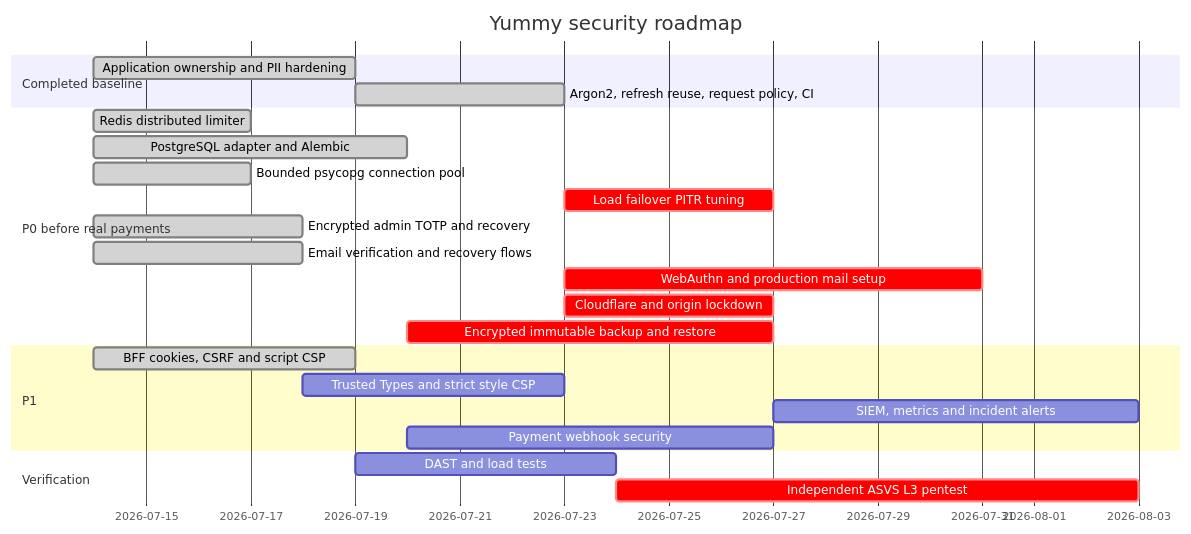
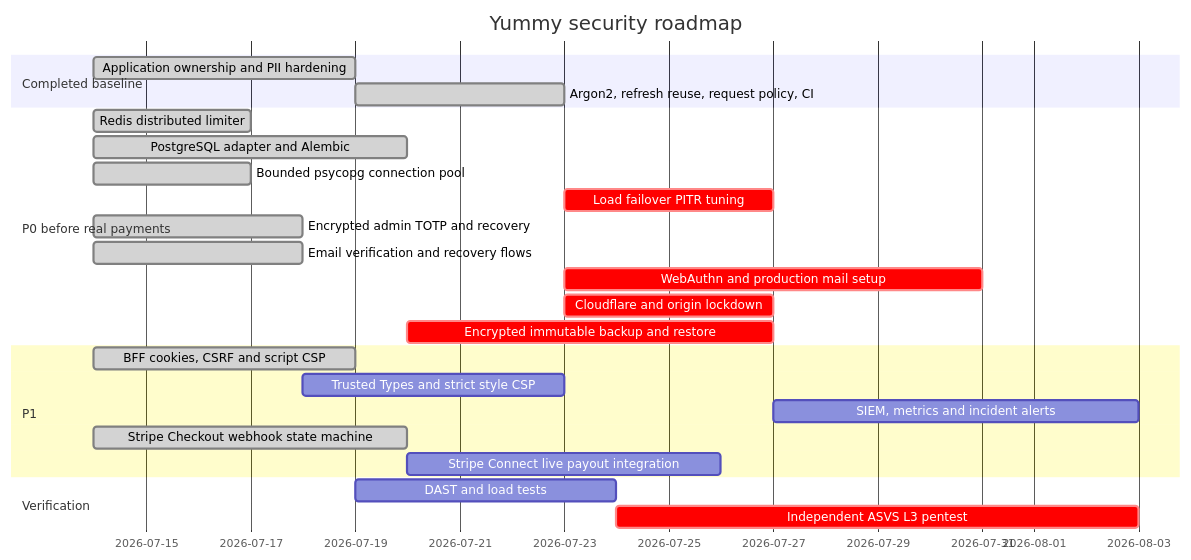
The third of 3 diagrams in SECURITY_IMPLEMENTATION_PLAN.md (wpalish/yummy), drawn with Mermaid before and after one commit. The commit also changed other lines of this file and 18 other files, not shown here.

Commit message:
payments: add secure Stripe Checkout state machine

````diff
--- a/SECURITY_IMPLEMENTATION_PLAN.md
+++ b/SECURITY_IMPLEMENTATION_PLAN.md
@@ -149,26 +150,27 @@
 ```mermaid
 gantt
     title Yummy security roadmap
     dateFormat YYYY-MM-DD
     section Completed baseline
     Application ownership and PII hardening :done, b1, 2026-07-14, 5d
     Argon2, refresh reuse, request policy, CI :done, b2, after b1, 4d
     section P0 before real payments
     Redis distributed limiter              :done, p0r, 2026-07-14, 3d
     PostgreSQL adapter and Alembic          :done, p1, 2026-07-14, 6d
     Bounded psycopg connection pool         :done, p1c, 2026-07-14, 3d
     Load failover PITR tuning               :crit, p1d, after b2, 4d
     Encrypted admin TOTP and recovery       :done, p2, 2026-07-14, 4d
     Email verification and recovery flows  :done, p2b, 2026-07-14, 4d
     WebAuthn and production mail setup      :crit, p2c, after b2, 8d
     Cloudflare and origin lockdown          :crit, p3, after b2, 4d
     Encrypted immutable backup and restore  :crit, p4, after p1, 7d
     section P1
     BFF cookies, CSRF and script CSP        :done, p5, 2026-07-14, 5d
     Trusted Types and strict style CSP      :p5b, after p2, 5d
     SIEM, metrics and incident alerts       :p6, after p3, 7d
-    Payment webhook security                :p7, after p1, 7d
+    Stripe Checkout webhook state machine  :done, p7, 2026-07-14, 6d
+    Stripe Connect live payout integration :p7b, after p1, 6d
     section Verification
     DAST and load tests                     :v1, after p5, 5d
     Independent ASVS L3 pentest             :crit, v2, after v1, 10d
 ```
````
